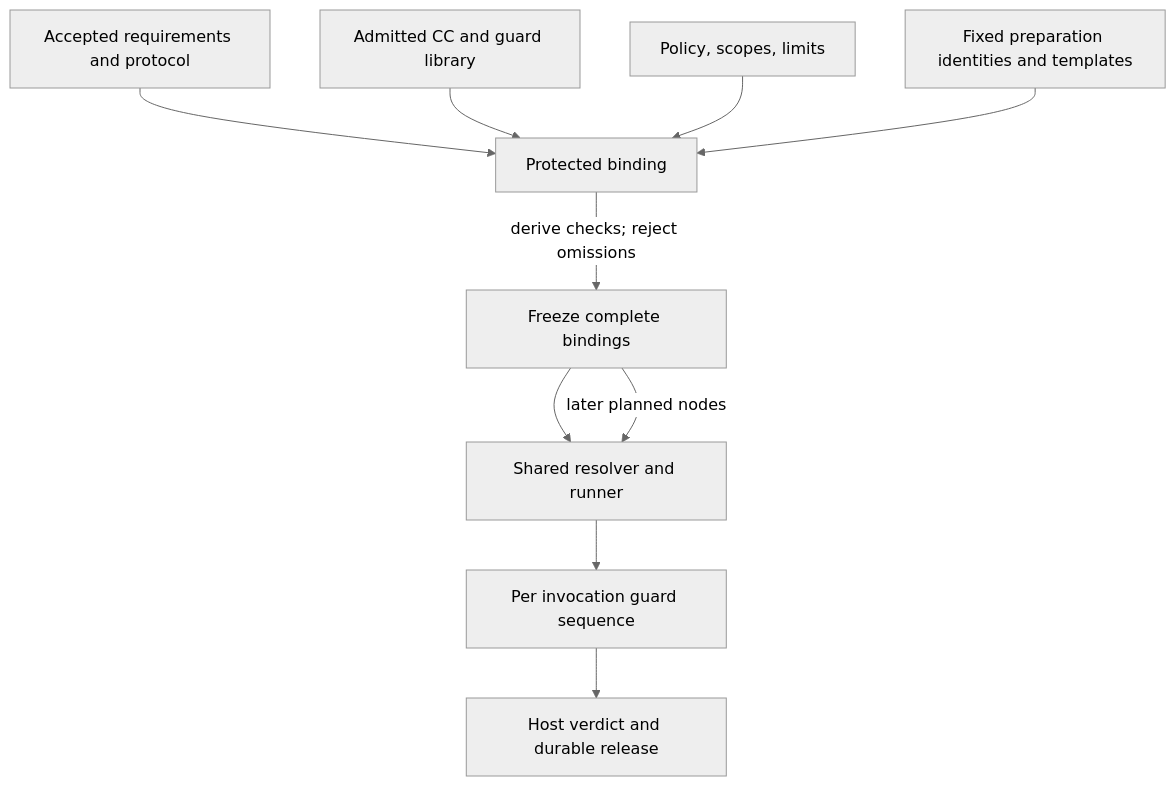
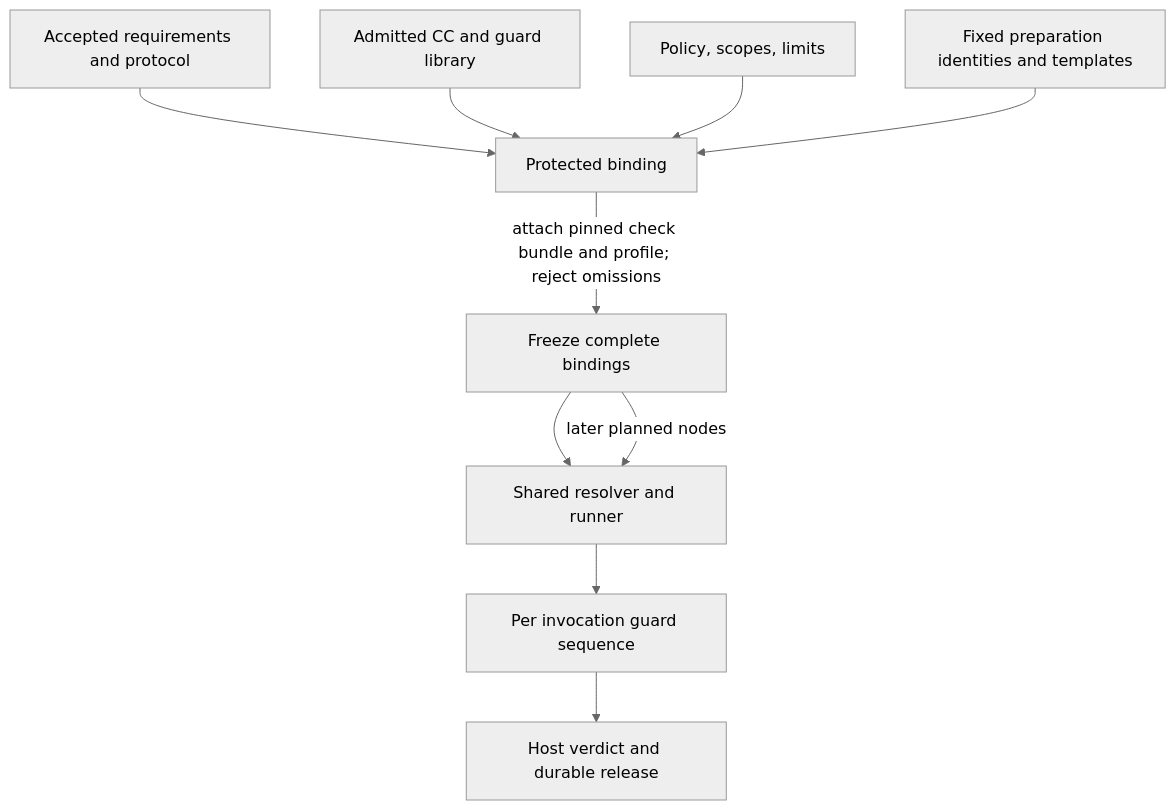
One commit to Stellven/jiuwenswarm changed the second of 3 diagrams in docs/architecture/design-package/guard-design.md. Above: the diagram before and after it, drawn with Mermaid (neutral theme). The commit also changed 86 other files, not shown here.

Commit message:
docs: fix stale diagrams and matching prose; re-render all views

````diff
--- a/docs/architecture/design-package/guard-design.md
+++ b/docs/architecture/design-package/guard-design.md
@@ -42,12 +42,12 @@
 ```mermaid
 flowchart TB
   R[Accepted requirements and protocol] --> B[Protected binding]
   L[Admitted CC and guard library] --> B
   P[Policy, scopes, limits] --> B
-  B -->|derive checks; reject omissions| F[Freeze complete bindings]
+  B -->|attach pinned check bundle and profile; reject omissions| F[Freeze complete bindings]
   F --> X[Shared resolver and runner]
   X --> G[Per invocation guard sequence]
   G --> V[Host verdict and durable release]
   Q[Fixed preparation identities and templates] --> B
   F -->|later planned nodes| X
 ```
````
